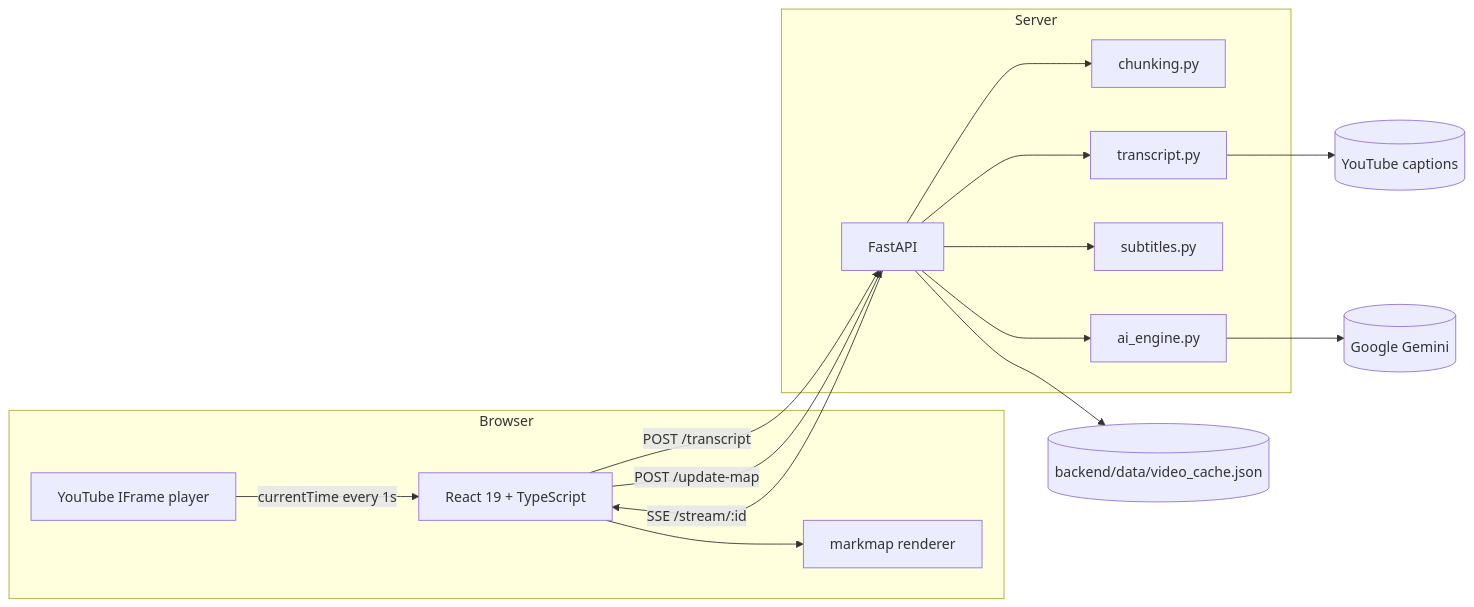
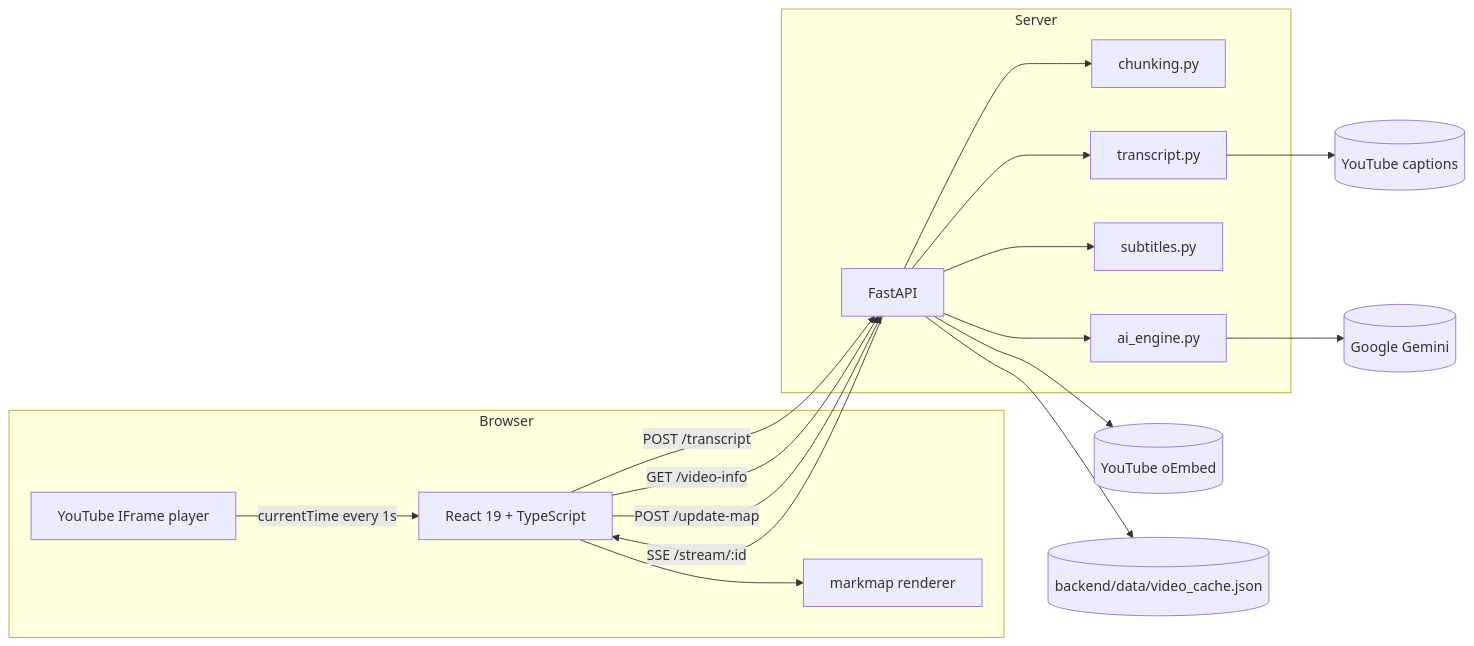
One commit to KivicDu/yt-mindmap changed the first of 2 diagrams in docs/architecture.md. Above: the diagram before and after it, drawn with Mermaid. The commit also changed other lines of this file and 9 other files, not shown here.

First line of the commit message:
fix(video): open any YouTube link and explain blocked playback

````diff
--- a/docs/architecture.md
+++ b/docs/architecture.md
@@ -10,31 +10,34 @@
 ```mermaid
 flowchart LR
     subgraph Browser
         UI[React 19 + TypeScript]
         YT[YouTube IFrame player]
         MM[markmap renderer]
     end
 
     subgraph Server
         API[FastAPI]
         CH[chunking.py]
         AI[ai_engine.py]
         ST[subtitles.py]
         TR[transcript.py]
     end
 
     GEMINI[(Google Gemini)]
     CAPTIONS[(YouTube captions)]
+    OEMBED[(YouTube oEmbed)]
     CACHE[(backend/data/video_cache.json)]
 
     UI -->|POST /transcript| API
     API --> TR --> CAPTIONS
+    UI -->|GET /video-info| API
+    API --> OEMBED
     API --> ST
     API --> CH
     API --> AI --> GEMINI
     API --> CACHE
     UI -->|POST /update-map| API
     API -->|SSE /stream/:id| UI
     UI --> MM
     YT -->|currentTime every 1s| UI
 ```
````
